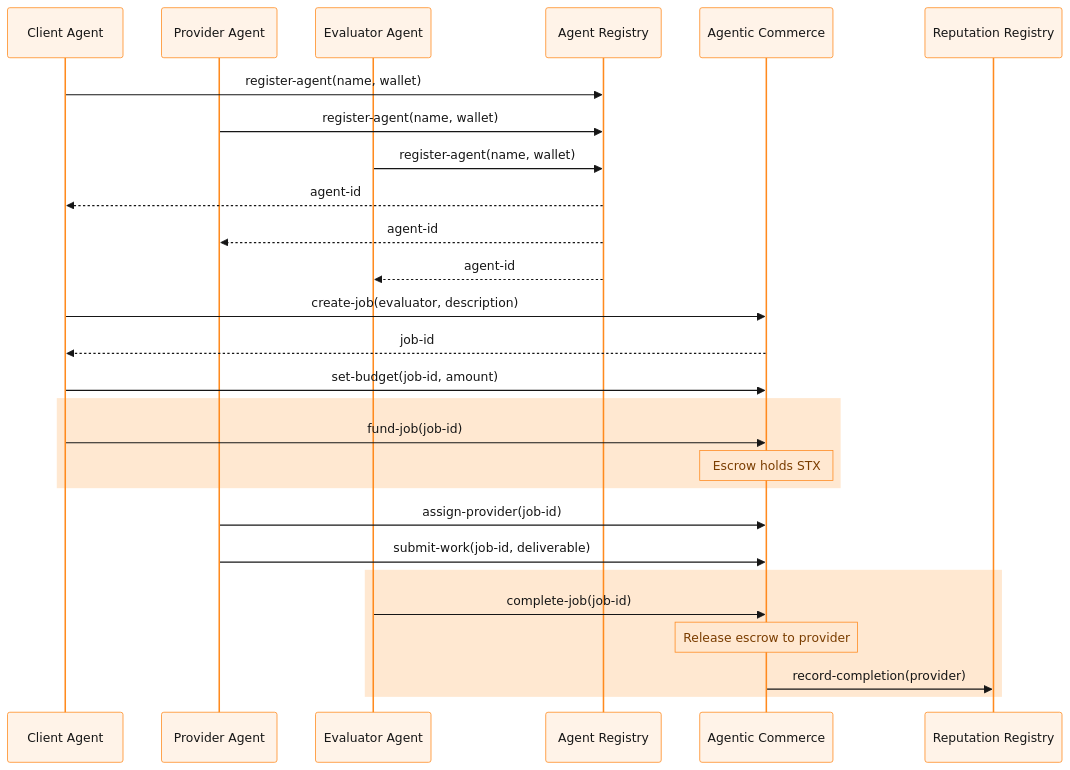
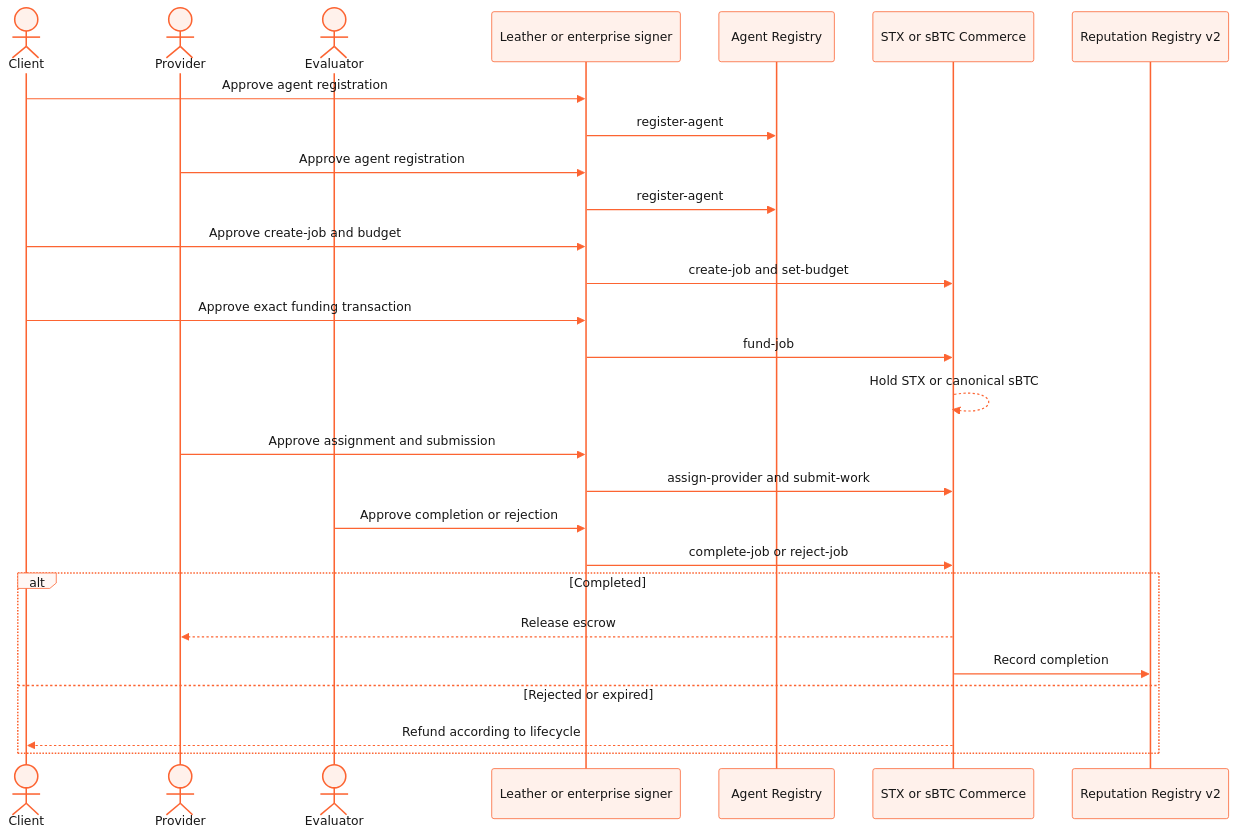
The second of 5 diagrams in README.md (PerkOS-xyz/PerkOS-Nayori), drawn with Mermaid before and after one commit. The commit also changed other lines of this file and 1 other file, not shown here.

Commit message:
docs: publish enterprise architecture hub

````diff
--- a/README.md
+++ b/README.md
@@ -114,35 +270,31 @@
 ```mermaid
-%%{init: {'theme':'base','themeVariables':{'primaryColor':'#FFF3E8','primaryBorderColor':'#FF8A1E','primaryTextColor':'#161616','noteBkgColor':'#FFE8D1','noteTextColor':'#7A3D00','noteBorderColor':'#FF8A1E','actorBkg':'#FFF3E8','actorBorder':'#FF8A1E','actorTextColor':'#161616'}}}%%
+%%{init: {'theme':'base','themeVariables':{'primaryColor':'#FFF1EB','primaryBorderColor':'#FC6432','primaryTextColor':'#161616','secondaryColor':'#FFE2D7','tertiaryColor':'#FFF8F5','lineColor':'#FC6432','actorBkg':'#FFF1EB','actorBorder':'#FC6432','actorTextColor':'#161616','signalColor':'#FC6432','signalTextColor':'#161616','noteBkgColor':'#FFE2D7','noteBorderColor':'#FC6432','noteTextColor':'#161616','labelBoxBkgColor':'#FFF8F5','labelBoxBorderColor':'#FC6432','labelTextColor':'#161616','fontFamily':'Inter, Arial, sans-serif'}}}%%
 sequenceDiagram
-    participant Client as Client Agent
-    participant Provider as Provider Agent
-    participant Evaluator as Evaluator Agent
-    participant AR as Agent Registry
-    participant AC as Agentic Commerce
-    participant RR as Reputation Registry
+  actor Client
+  actor Provider
+  actor Evaluator
+  participant Wallet as Leather or enterprise signer
+  participant Registry as Agent Registry
+  participant Escrow as STX or sBTC Commerce
+  participant Reputation as Reputation Registry v2
 
-    Client->>AR: register-agent(name, wallet)
-    Provider->>AR: register-agent(name, wallet)
-    Evaluator->>AR: register-agent(name, wallet)
-    AR-->>Client: agent-id
-    AR-->>Provider: agent-id
-    AR-->>Evaluator: agent-id
-
-    Client->>AC: create-job(evaluator, description)
-    AC-->>Client: job-id
-
-    Client->>AC: set-budget(job-id, amount)
-    rect rgb(255, 232, 209)
-        Client->>AC: fund-job(job-id)
-        Note over AC: Escrow holds STX
-    end
-
-    Provider->>AC: assign-provider(job-id)
-    Provider->>AC: submit-work(job-id, deliverable)
-
-    rect rgb(255, 232, 209)
-        Evaluator->>AC: complete-job(job-id)
-        Note over AC: Release escrow to provider
-        AC->>RR: record-completion(provider)
-    end
+  Client->>Wallet: Approve agent registration
+  Wallet->>Registry: register-agent
+  Provider->>Wallet: Approve agent registration
+  Wallet->>Registry: register-agent
+  Client->>Wallet: Approve create-job and budget
+  Wallet->>Escrow: create-job and set-budget
+  Client->>Wallet: Approve exact funding transaction
+  Wallet->>Escrow: fund-job
+  Escrow-->>Escrow: Hold STX or canonical sBTC
+  Provider->>Wallet: Approve assignment and submission
+  Wallet->>Escrow: assign-provider and submit-work
+  Evaluator->>Wallet: Approve completion or rejection
+  Wallet->>Escrow: complete-job or reject-job
+  alt Completed
+    Escrow-->>Provider: Release escrow
+    Escrow->>Reputation: Record completion
+  else Rejected or expired
+    Escrow-->>Client: Refund according to lifecycle
+  end
 ```
````
